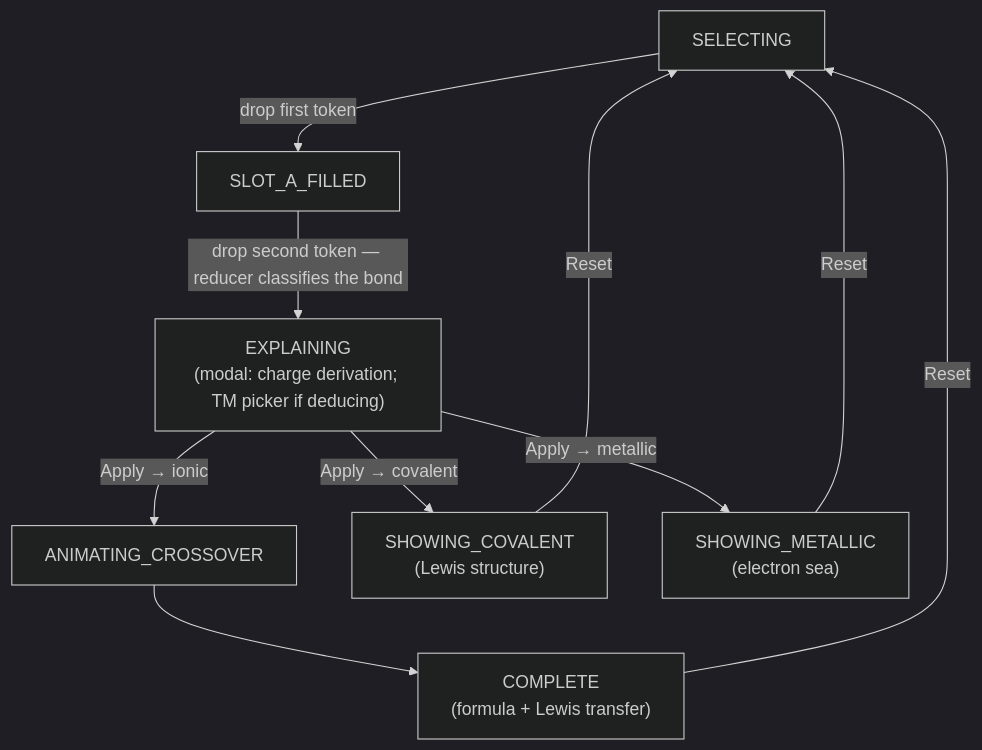
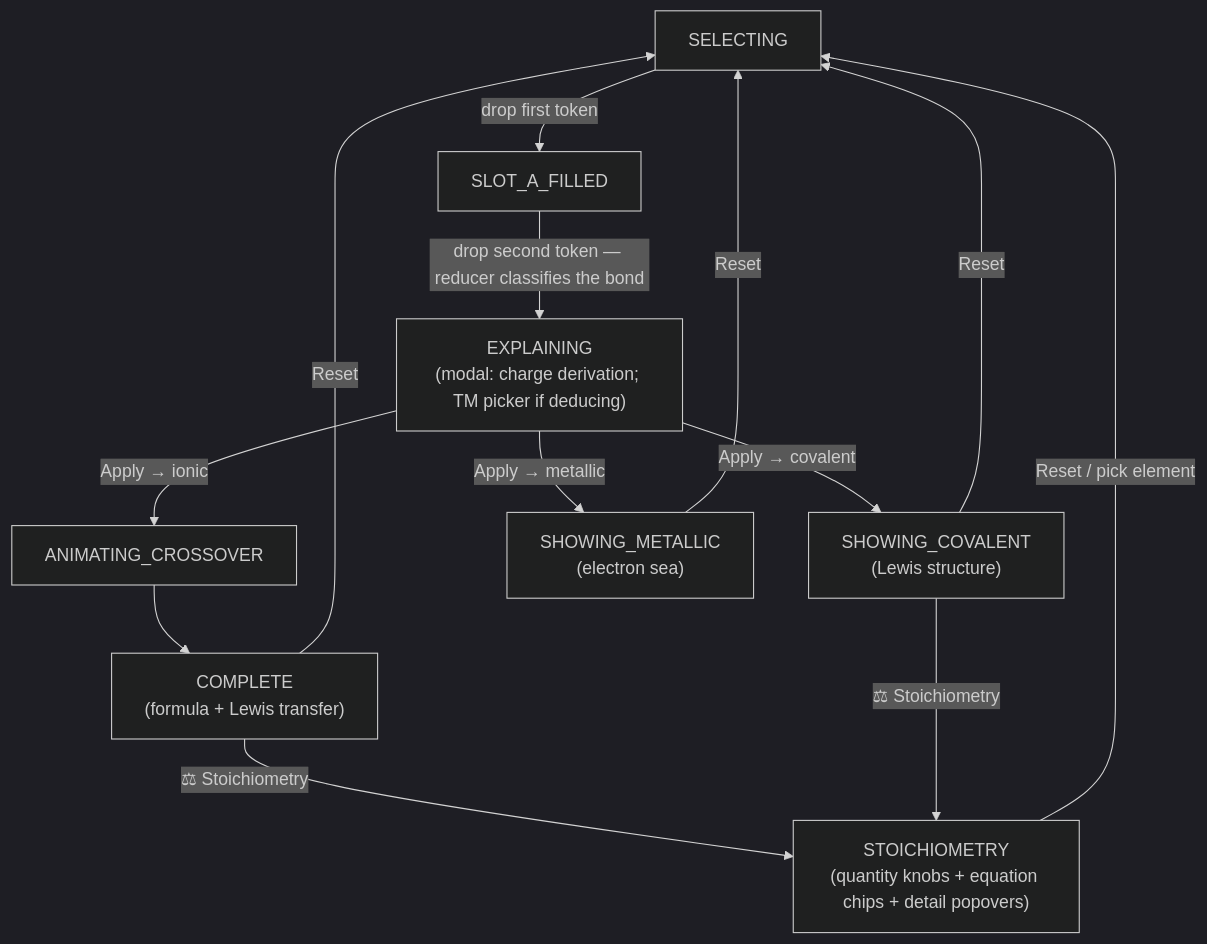
The tenth of 10 diagrams in README.md (samutayuga/ios-chem-interactive), drawn with Mermaid (dark theme) before and after one commit. The commit also changed other lines of this file, not shown here.

First line of the commit message:
chore: document the stoichiometry feature in README

````diff
--- a/README.md
+++ b/README.md
@@ -478,12 +521,15 @@
 ```mermaid
 flowchart TD
     S["SELECTING"] -->|drop first token| AF["SLOT_A_FILLED"]
     AF -->|"drop second token — reducer classifies the bond"| EX["EXPLAINING<br/>(modal: charge derivation; TM picker if deducing)"]
     EX -->|"Apply → ionic"| AC["ANIMATING_CROSSOVER"]
     AC --> CMP["COMPLETE<br/>(formula + Lewis transfer)"]
     EX -->|"Apply → covalent"| SC["SHOWING_COVALENT<br/>(Lewis structure)"]
     EX -->|"Apply → metallic"| SM["SHOWING_METALLIC<br/>(electron sea)"]
+    CMP -->|"⚖ Stoichiometry"| ST["STOICHIOMETRY<br/>(quantity knobs + equation chips + detail popovers)"]
+    SC -->|"⚖ Stoichiometry"| ST
+    ST -->|"Reset / pick element"| S
     CMP -->|Reset| S
     SC -->|Reset| S
     SM -->|Reset| S
 ```
````
